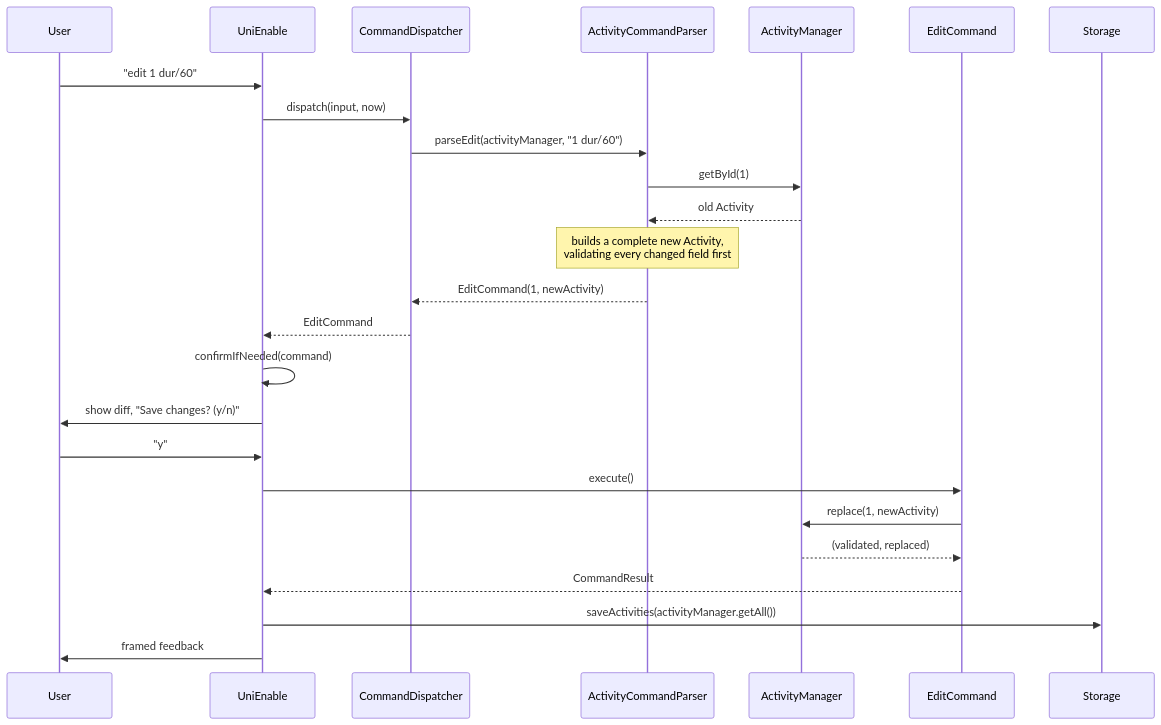
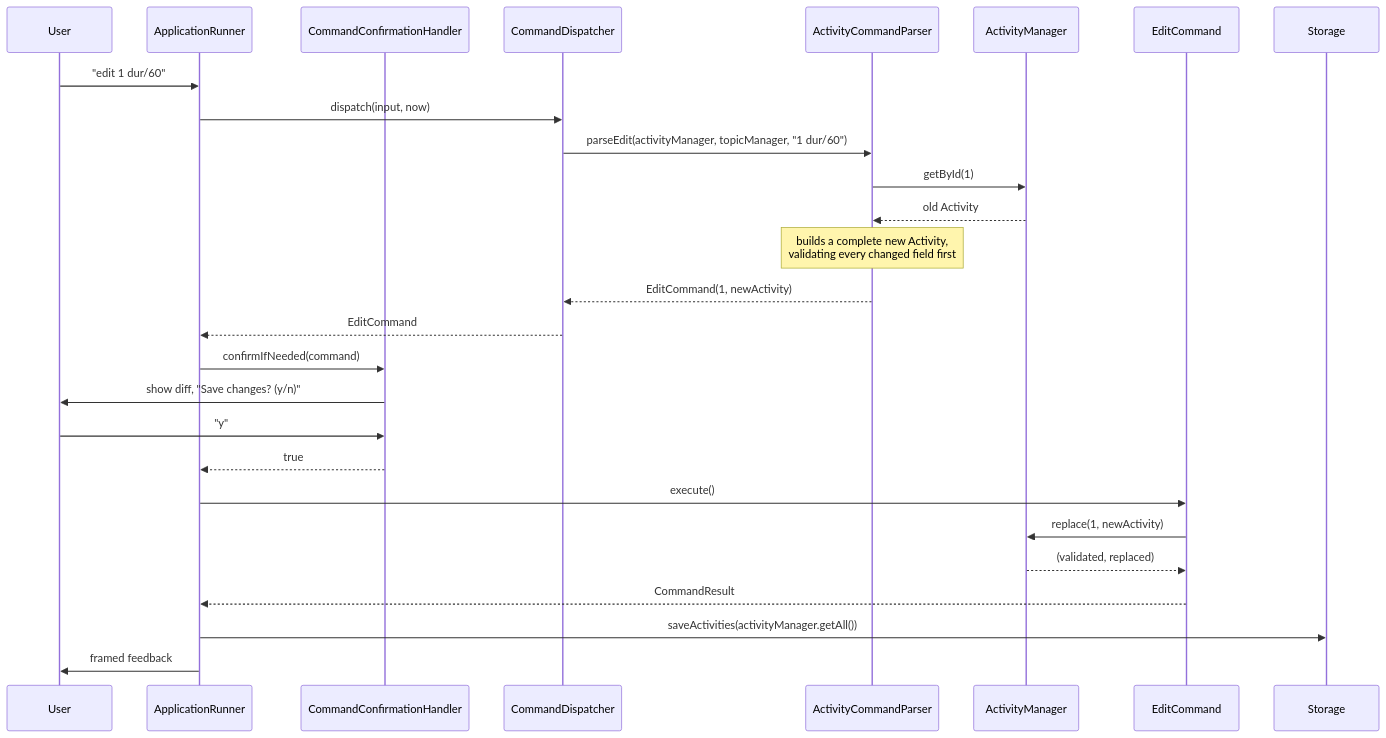
One commit to lukelouyu/SelfTeamProject changed the second of 2 diagrams in docs/DeveloperGuide.md. Above: the diagram before and after it, drawn with Mermaid. The commit also changed other lines of this file, not shown here.

First line of the commit message:
docs: update application lifecycle javadocs

````diff
--- a/docs/DeveloperGuide.md
+++ b/docs/DeveloperGuide.md
@@ -66,28 +72,30 @@
 ```mermaid
 sequenceDiagram
     participant User
-    participant Main as UniEnable
+    participant Runner as ApplicationRunner
+    participant Confirm as CommandConfirmationHandler
     participant Dispatcher as CommandDispatcher
     participant Parser as ActivityCommandParser
     participant Manager as ActivityManager
     participant Cmd as EditCommand
     participant Storage
 
-    User->>Main: "edit 1 dur/60"
-    Main->>Dispatcher: dispatch(input, now)
-    Dispatcher->>Parser: parseEdit(activityManager, "1 dur/60")
+    User->>Runner: "edit 1 dur/60"
+    Runner->>Dispatcher: dispatch(input, now)
+    Dispatcher->>Parser: parseEdit(activityManager, topicManager, "1 dur/60")
     Parser->>Manager: getById(1)
     Manager-->>Parser: old Activity
     Note over Parser: builds a complete new Activity,<br/>validating every changed field first
     Parser-->>Dispatcher: EditCommand(1, newActivity)
-    Dispatcher-->>Main: EditCommand
-    Main->>Main: confirmIfNeeded(command)
-    Main->>User: show diff, "Save changes? (y/n)"
-    User->>Main: "y"
-    Main->>Cmd: execute()
+    Dispatcher-->>Runner: EditCommand
+    Runner->>Confirm: confirmIfNeeded(command)
+    Confirm->>User: show diff, "Save changes? (y/n)"
+    User->>Confirm: "y"
+    Confirm-->>Runner: true
+    Runner->>Cmd: execute()
     Cmd->>Manager: replace(1, newActivity)
     Manager-->>Cmd: (validated, replaced)
-    Cmd-->>Main: CommandResult
-    Main->>Storage: saveActivities(activityManager.getAll())
-    Main->>User: framed feedback
+    Cmd-->>Runner: CommandResult
+    Runner->>Storage: saveActivities(activityManager.getAll())
+    Runner->>User: framed feedback
 ```
````
